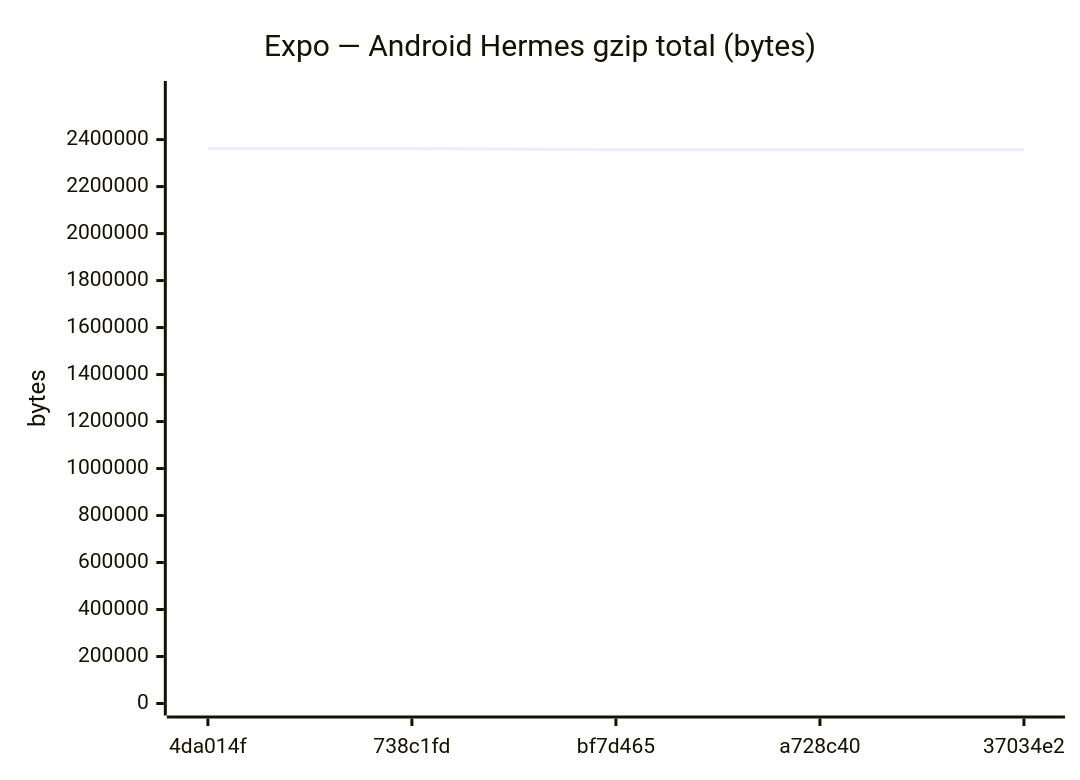
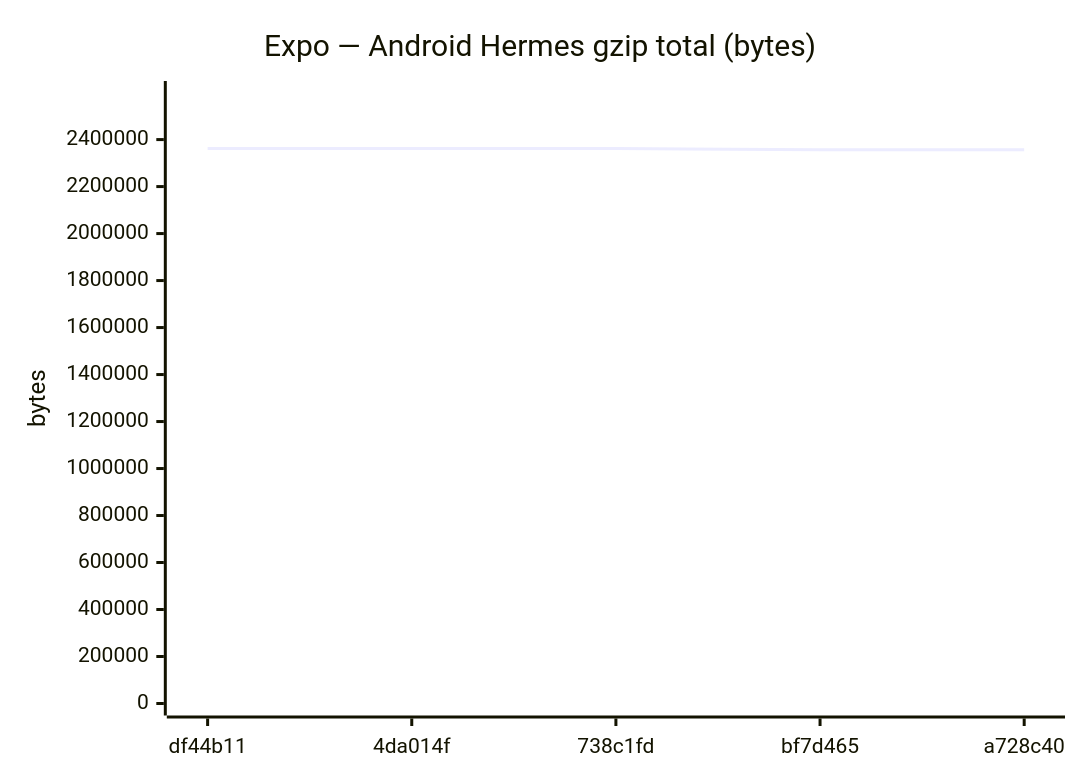
Before and after one commit to Metaheurist/Rianell: diagram 15 of 24 in benchmarks/compare.md, drawn with Mermaid. The commit also changed other lines of this file and 12 other files, not shown here.

````diff
--- a/benchmarks/compare.md
+++ b/benchmarks/compare.md
@@ -221,7 +221,7 @@
 ```mermaid
 xychart-beta
     title "Expo — Android Hermes gzip total (bytes)"
-    x-axis ["4da014f", "738c1fd", "bf7d465", "a728c40", "37034e2"]
+    x-axis ["df44b11", "4da014f", "738c1fd", "bf7d465", "a728c40"]
     y-axis "bytes" 0 --> 2598253
-    line [2362048, 2362047, 2356686, 2356685, 2356472]
+    line [2362047, 2362048, 2362047, 2356686, 2356685]
 ```
````
